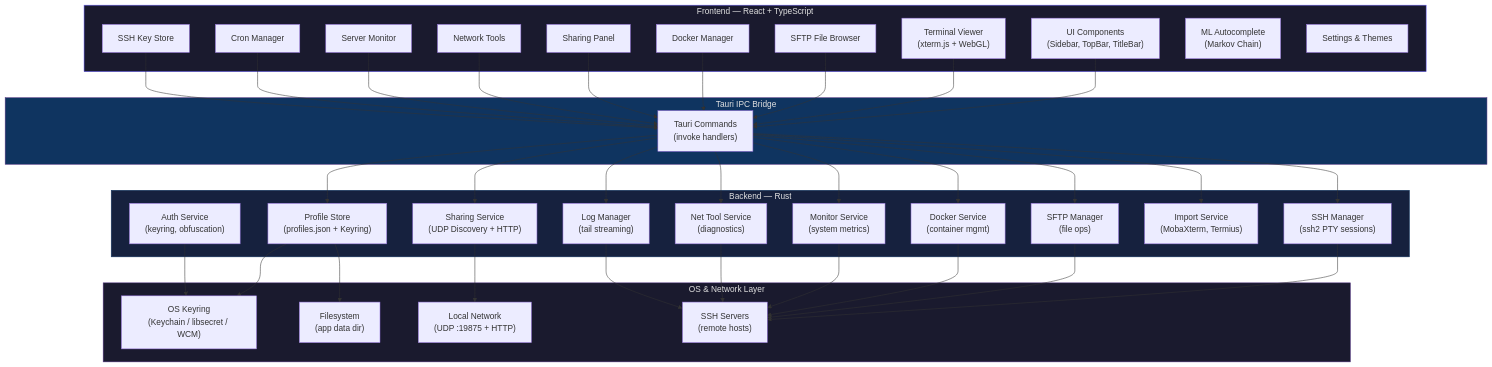
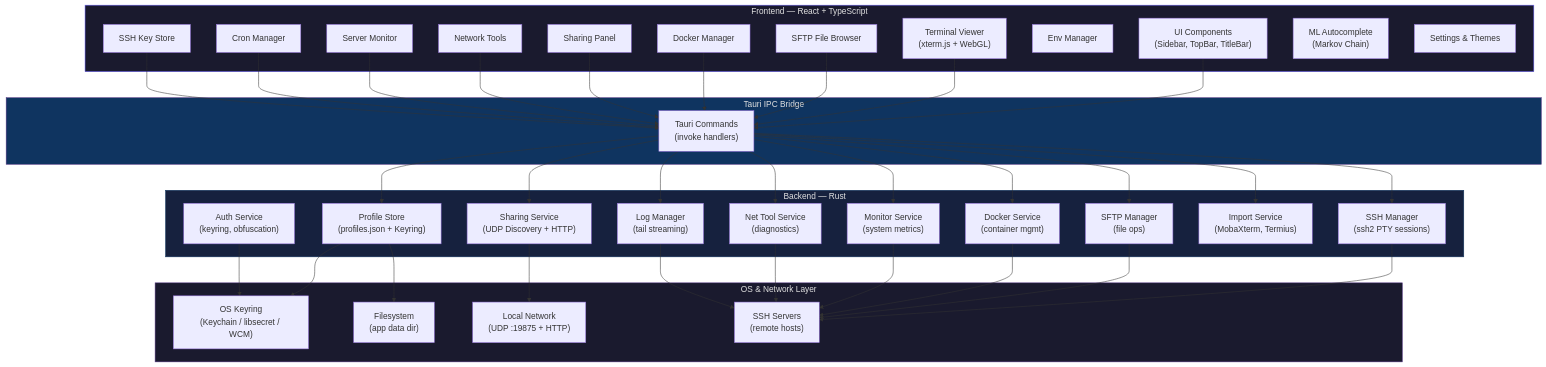
One commit to genc-murat/cliqon changed the first of 2 diagrams in README.md. Above: the diagram before and after it, drawn with Mermaid. The commit also changed other lines of this file and 12 other files, not shown here.

````diff
--- a/README.md
+++ b/README.md
@@ -29,76 +29,77 @@
 ```mermaid
 graph TB
     subgraph Frontend ["Frontend — React + TypeScript"]
         UI["UI Components<br/>(Sidebar, TopBar, TitleBar)"]
         Terminal["Terminal Viewer<br/>(xterm.js + WebGL)"]
         SFTP["SFTP File Browser"]
         Docker["Docker Manager"]
         Sharing["Sharing Panel"]
         NetTools["Network Tools"]
         Monitor["Server Monitor"]
         CronManager["Cron Manager"]
+        EnvManager["Env Manager"]
         KeyStore["SSH Key Store"]
         ML["ML Autocomplete<br/>(Markov Chain)"]
         Settings["Settings & Themes"]
     end
 
     subgraph IPC ["Tauri IPC Bridge"]
         Commands["Tauri Commands<br/>(invoke handlers)"]
     end
 
     subgraph Backend ["Backend — Rust"]
         ProfileStore["Profile Store<br/>(profiles.json + Keyring)"]
         SSHMgr["SSH Manager<br/>(ssh2 PTY sessions)"]
         SFTPMgr["SFTP Manager<br/>(file ops)"]
         DockerSvc["Docker Service<br/>(container mgmt)"]
         SharingSvc["Sharing Service<br/>(UDP Discovery + HTTP)"]
         MonitorSvc["Monitor Service<br/>(system metrics)"]
         NetToolSvc["Net Tool Service<br/>(diagnostics)"]
         LogMgr["Log Manager<br/>(tail streaming)"]
         ImportSvc["Import Service<br/>(MobaXterm, Termius)"]
         AuthSvc["Auth Service<br/>(keyring, obfuscation)"]
     end
 
     subgraph OS ["OS & Network Layer"]
         Keyring["OS Keyring<br/>(Keychain / libsecret / WCM)"]
         FS["Filesystem<br/>(app data dir)"]
         LAN["Local Network<br/>(UDP :19875 + HTTP)"]
         SSH["SSH Servers<br/>(remote hosts)"]
     end
 
     UI --> Commands
     Terminal --> Commands
     SFTP --> Commands
     Docker --> Commands
     Sharing --> Commands
     NetTools --> Commands
     Monitor --> Commands
     CronManager --> Commands
     KeyStore --> Commands
 
     Commands --> ProfileStore
     Commands --> SSHMgr
     Commands --> SFTPMgr
     Commands --> DockerSvc
     Commands --> SharingSvc
     Commands --> MonitorSvc
     Commands --> NetToolSvc
     Commands --> LogMgr
     Commands --> ImportSvc
 
     ProfileStore --> Keyring
     ProfileStore --> FS
     AuthSvc --> Keyring
     SharingSvc --> LAN
     SSHMgr --> SSH
     SFTPMgr --> SSH
     DockerSvc --> SSH
     MonitorSvc --> SSH
     NetToolSvc --> SSH
     LogMgr --> SSH
 
     style Frontend fill:#1a1a2e,stroke:#6c63ff,color:#e0e0e0
     style Backend fill:#16213e,stroke:#0f3460,color:#e0e0e0
     style IPC fill:#0f3460,stroke:#533483,color:#e0e0e0
     style OS fill:#1a1a2e,stroke:#533483,color:#e0e0e0
 ```
````
